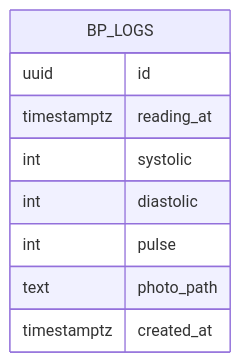
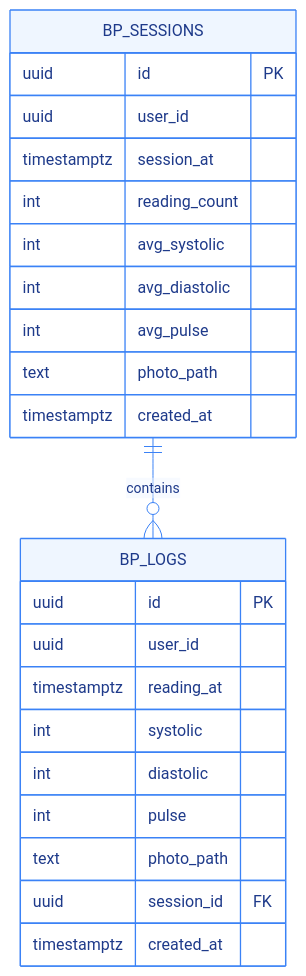
One commit to sanketmuchhala/BloodPressure_tracker changed the fifth of 6 diagrams in ARCHITECTURE.md. Above: the diagram before and after it, drawn with Mermaid. The commit also changed other lines of this file and 1 other file, not shown here.

First line of the commit message:
Revise architecture docs and diagrams

````diff
--- a/ARCHITECTURE.md
+++ b/ARCHITECTURE.md
@@ -93,12 +103,29 @@
 ```mermaid
+%%{init: {'theme': 'base', 'themeVariables': { 'primaryColor': '#eff6ff', 'primaryTextColor': '#1e3a8a', 'primaryBorderColor': '#3b82f6', 'lineColor': '#3b82f6', 'secondaryColor': '#eff6ff', 'tertiaryColor': '#eff6ff'}}}%%
 erDiagram
+  BP_SESSIONS ||--o{ BP_LOGS : contains
+  
+  BP_SESSIONS {
+    uuid id PK
+    uuid user_id
+    timestamptz session_at
+    int reading_count
+    int avg_systolic
+    int avg_diastolic
+    int avg_pulse
+    text photo_path
+    timestamptz created_at
+  }
+  
   BP_LOGS {
-    uuid id
+    uuid id PK
+    uuid user_id
     timestamptz reading_at
     int systolic
     int diastolic
     int pulse
     text photo_path
+    uuid session_id FK
     timestamptz created_at
   }
 ```
````
